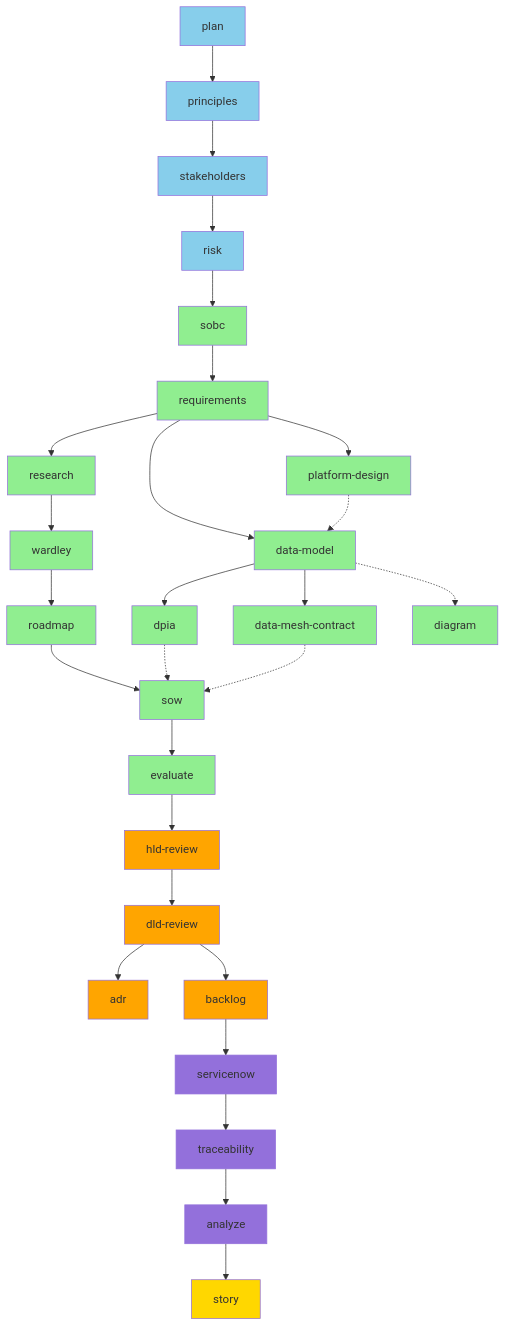
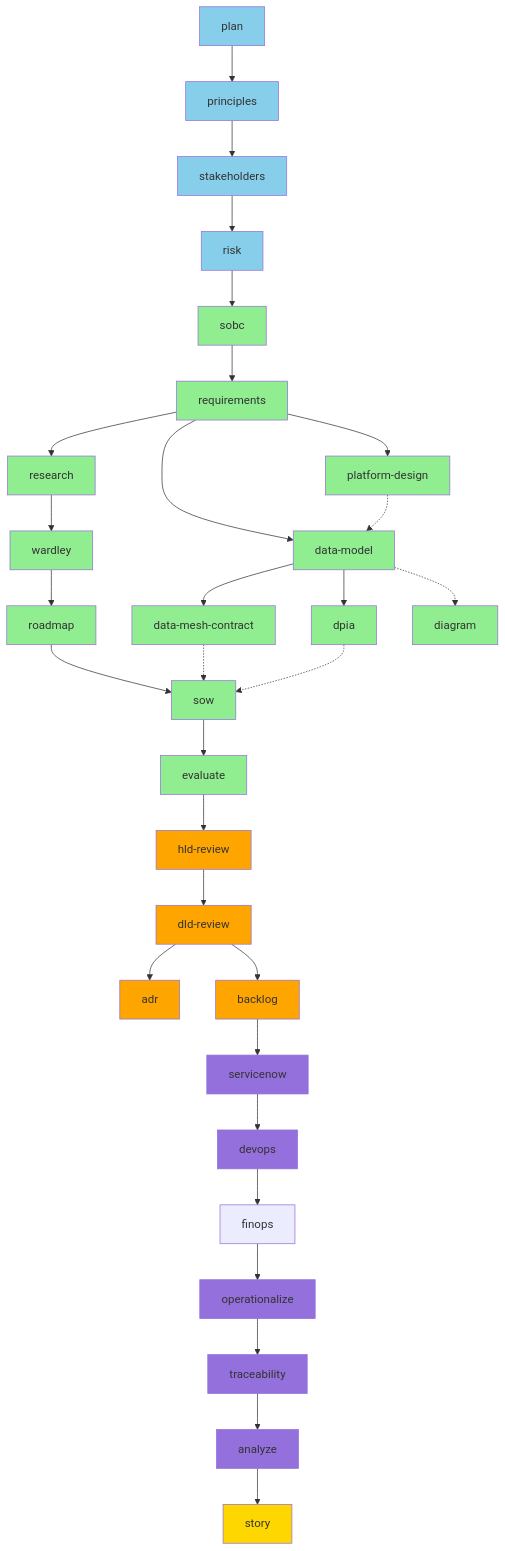
Before and after one commit to tractorjuice/arckit-test-project-v8-ons-data-platform: the first of 9 diagrams in WORKFLOW-DIAGRAMS.md, drawn with Mermaid. The commit also changed other lines of this file and 5 other files, not shown here.

````diff
--- a/WORKFLOW-DIAGRAMS.md
+++ b/WORKFLOW-DIAGRAMS.md
@@ -21,69 +21,74 @@
 ```mermaid
 graph TD
     %% Tier 0-1: Foundation
     A[plan] --> B[principles]
     B --> C[stakeholders]
     C --> D[risk]
 
     %% Tier 2-3: Business Case & Requirements
     D --> E[sobc]
     E --> F[requirements]
 
     %% Tier 4: Strategy & Design
     F --> G[platform-design]
     F --> H[data-model]
     G -.-> H
     H --> I[data-mesh-contract]
     H --> J[dpia]
     F --> K[research]
     K --> L[wardley]
     L --> M[roadmap]
     H -.-> N[diagram]
 
     %% Tier 5: Procurement
     M --> O[sow]
+    I -.-> O
+    J -.-> O
     O --> P[evaluate]
-    J -.-> O
-    I -.-> O
 
     %% Tier 6: Design Reviews
     P --> Q[hld-review]
     Q --> R[dld-review]
     R --> S[adr]
 
     %% Tier 7: Implementation
     R --> T[backlog]
 
     %% Tier 8-9: Operations & Quality
     T --> U[servicenow]
-    U --> V[traceability]
+    U --> U1[devops]
+    U1 --> U1a[finops]
+    U1a --> U2[operationalize]
+    U2 --> V[traceability]
     V --> W[analyze]
 
     %% Tier 11: Reporting
     W --> X[story]
 
     style A fill:#87CEEB
     style B fill:#87CEEB
     style C fill:#87CEEB
     style D fill:#87CEEB
     style E fill:#90EE90
     style F fill:#90EE90
     style G fill:#90EE90
     style H fill:#90EE90
     style I fill:#90EE90
     style J fill:#90EE90
     style K fill:#90EE90
     style L fill:#90EE90
     style M fill:#90EE90
     style N fill:#90EE90
     style O fill:#90EE90
     style P fill:#90EE90
     style Q fill:#FFA500
     style R fill:#FFA500
     style S fill:#FFA500
     style T fill:#FFA500
     style U fill:#9370DB
+    style U1 fill:#9370DB
+    style U2 fill:#9370DB
     style V fill:#9370DB
     style W fill:#9370DB
     style X fill:#FFD700
 ```
````
